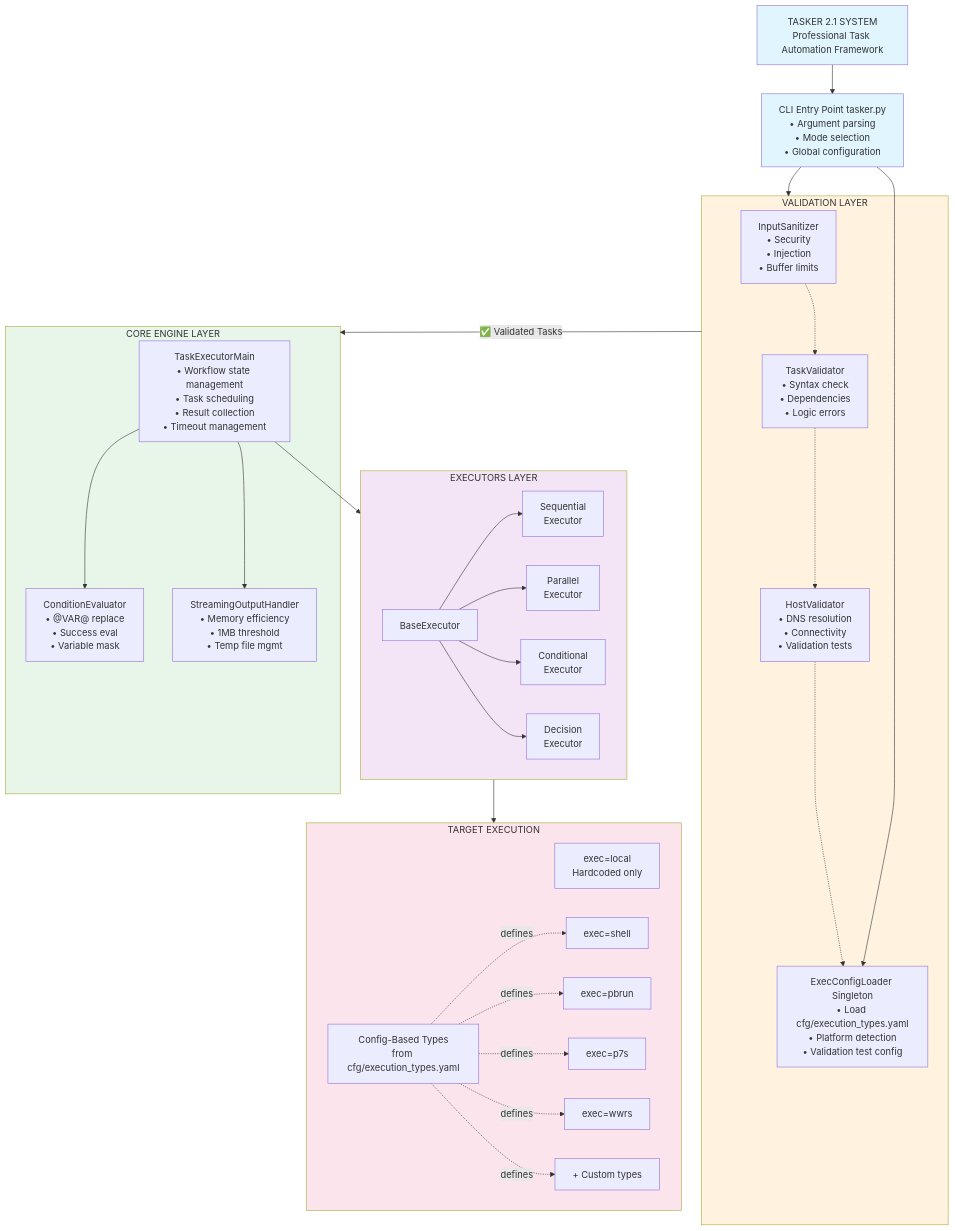
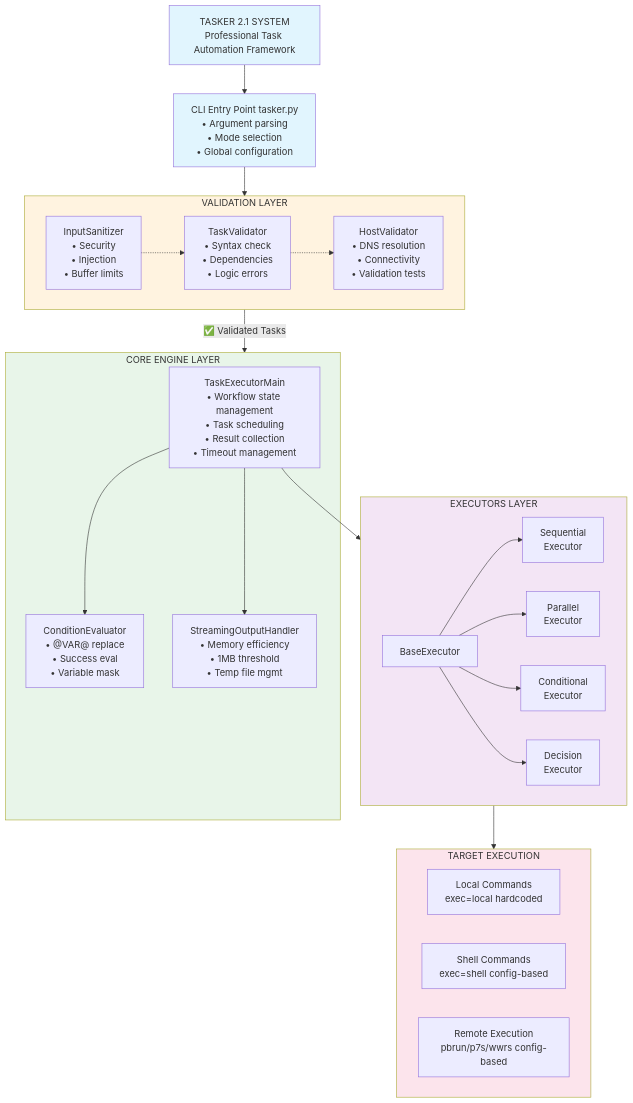
One commit to bastelbude1/Tasker changed the first of 8 diagrams in ARCHITECTURE_MERMAID.md. Above: the diagram before and after it, drawn with Mermaid.

First paragraph of the commit message:
docs: Simplify High-Level System Architecture diagram in ARCHITECTURE_MERMAID.md
Restored cleaner, simpler structure for the High-Level System Architecture
Mermaid diagram while still indicating config-based approach:

````diff
--- a/ARCHITECTURE_MERMAID.md
+++ b/ARCHITECTURE_MERMAID.md
@@ -8,65 +8,52 @@
 ```mermaid
 graph TB
     Start[TASKER 2.1 SYSTEM<br/>Professional Task Automation Framework]
     CLI[CLI Entry Point tasker.py<br/>• Argument parsing<br/>• Mode selection<br/>• Global configuration]
 
     subgraph VALIDATION["VALIDATION LAYER"]
         InputSan[InputSanitizer<br/>• Security<br/>• Injection<br/>• Buffer limits]
         TaskVal[TaskValidator<br/>• Syntax check<br/>• Dependencies<br/>• Logic errors]
         HostVal[HostValidator<br/>• DNS resolution<br/>• Connectivity<br/>• Validation tests]
-        ExecConfig[ExecConfigLoader Singleton<br/>• Load cfg/execution_types.yaml<br/>• Platform detection<br/>• Validation test config]
     end
 
     subgraph CORE["CORE ENGINE LAYER"]
         TaskExec[TaskExecutorMain<br/>• Workflow state management<br/>• Task scheduling<br/>• Result collection<br/>• Timeout management]
         CondEval[ConditionEvaluator<br/>• @VAR@ replace<br/>• Success eval<br/>• Variable mask]
         StreamOut[StreamingOutputHandler<br/>• Memory efficiency<br/>• 1MB threshold<br/>• Temp file mgmt]
     end
 
     subgraph EXECUTORS["EXECUTORS LAYER"]
         Base[BaseExecutor]
         Seq[Sequential<br/>Executor]
         Par[Parallel<br/>Executor]
         Cond[Conditional<br/>Executor]
         Dec[Decision<br/>Executor]
     end
 
     subgraph TARGETS["TARGET EXECUTION"]
-        Local[exec=local<br/>Hardcoded only]
-        ConfigBased[Config-Based Types<br/>from cfg/execution_types.yaml]
-        Shell[exec=shell]
-        Pbrun[exec=pbrun]
-        P7s[exec=p7s]
-        Wwrs[exec=wwrs]
-        Custom[+ Custom types]
-
-        ConfigBased -.defines.-> Shell
-        ConfigBased -.defines.-> Pbrun
-        ConfigBased -.defines.-> P7s
-        ConfigBased -.defines.-> Wwrs
-        ConfigBased -.defines.-> Custom
+        Local[Local Commands<br/>exec=local hardcoded]
+        Shell[Shell Commands<br/>exec=shell config-based]
+        Remote[Remote Execution<br/>pbrun/p7s/wwrs config-based]
     end
 
     Start --> CLI
     CLI --> VALIDATION
-    CLI --> ExecConfig
     InputSan -.-> TaskVal
     TaskVal -.-> HostVal
-    HostVal -.-> ExecConfig
     VALIDATION -->|✅ Validated Tasks| CORE
     TaskExec --> CondEval
     TaskExec --> StreamOut
     TaskExec --> EXECUTORS
     Base --> Seq
     Base --> Par
     Base --> Cond
     Base --> Dec
     EXECUTORS --> TARGETS
 
     style Start fill:#e1f5fe
     style CLI fill:#e1f5fe
     style VALIDATION fill:#fff3e0
     style CORE fill:#e8f5e9
     style EXECUTORS fill:#f3e5f5
     style TARGETS fill:#fce4ec
 ```
````
